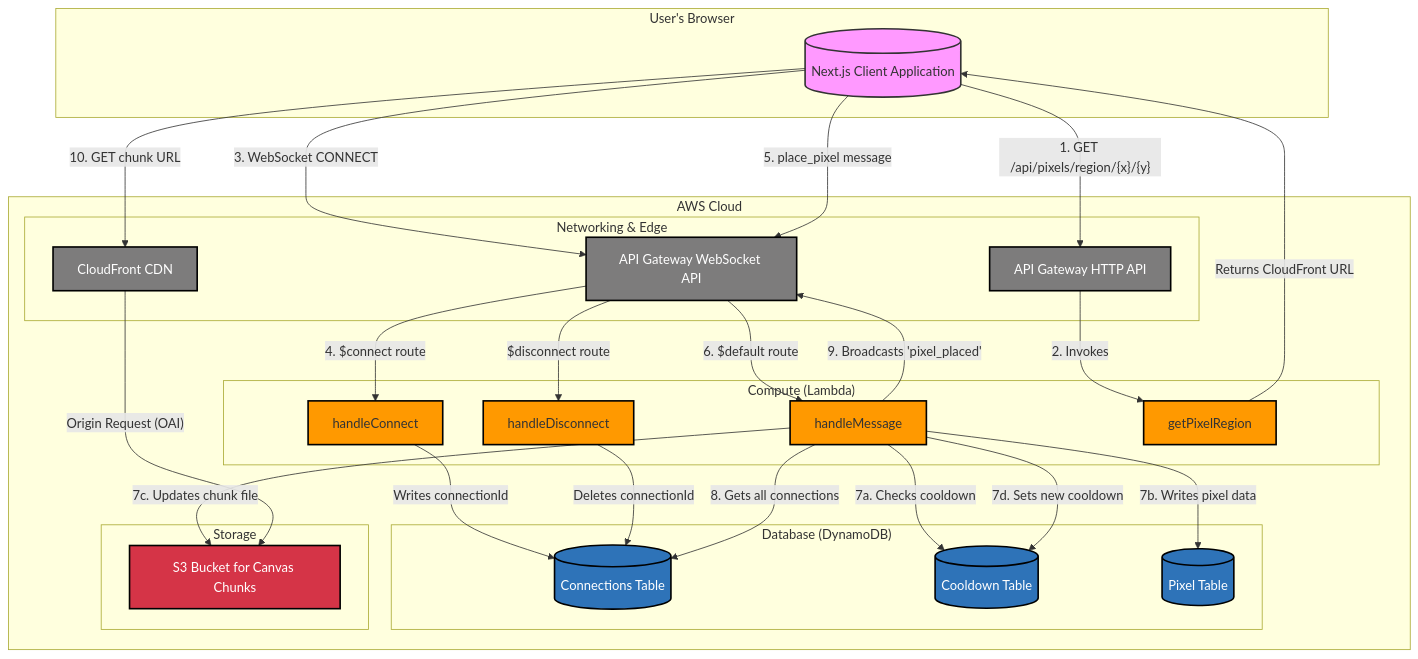
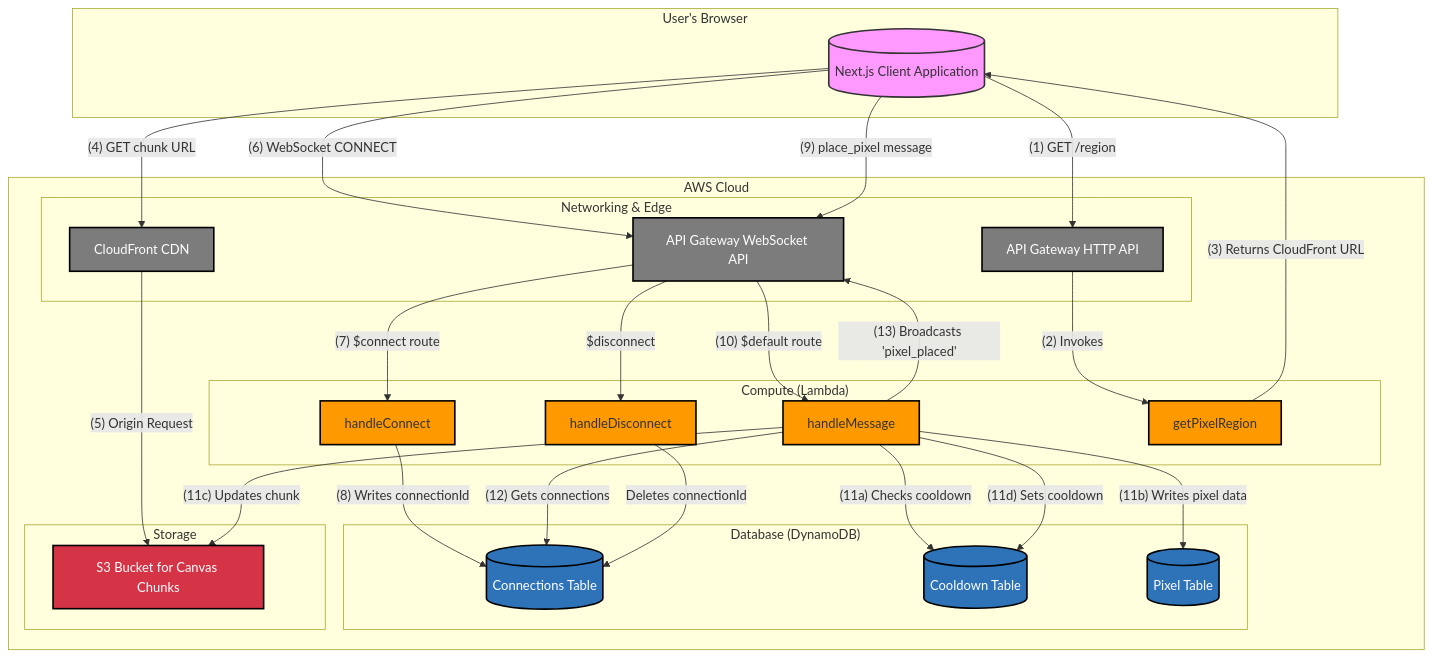
Before and after one commit to NTitterton/emojiplace: the diagram in project_design.md, drawn with Mermaid.

Commit message:
fix mermaid error

````diff
--- a/project_design.md
+++ b/project_design.md
@@ -7,70 +7,69 @@
 ```mermaid
 graph TD
     subgraph "User's Browser"
         Frontend[("Next.js Client Application")]
     end
 
     subgraph "AWS Cloud"
         subgraph "Networking & Edge"
             APIGW_WS["API Gateway WebSocket API"]
             APIGW_HTTP["API Gateway HTTP API"]
             CloudFront["CloudFront CDN"]
         end
 
         subgraph "Compute (Lambda)"
             Connect["handleConnect"]
             Disconnect["handleDisconnect"]
             MessageHandler["handleMessage"]
             GetRegion["getPixelRegion"]
         end
 
         subgraph "Database (DynamoDB)"
             ConnectionsTable[("Connections Table")]
             CooldownTable[("Cooldown Table")]
             PixelTable[("Pixel Table")]
         end
 
         subgraph "Storage"
             S3["S3 Bucket for Canvas Chunks"]
         end
     end
 
-    %% Frontend to AWS
-    Frontend -- "1. GET /api/pixels/region/{x}/{y}" --> APIGW_HTTP
-    Frontend -- "3. WebSocket CONNECT" --> APIGW_WS
-    Frontend -- "5. place_pixel message" --> APIGW_WS
-    Frontend -- "10. GET chunk URL" --> CloudFront
+    %% Flow: Initial data load and WebSocket connection
+    Frontend -- "(1) GET /region" --> APIGW_HTTP
+    APIGW_HTTP -- "(2) Invokes" --> GetRegion
+    GetRegion -- "(3) Returns CloudFront URL" --> Frontend
+    Frontend -- "(4) GET chunk URL" --> CloudFront
+    CloudFront -- "(5) Origin Request" --> S3
+    
+    Frontend -- "(6) WebSocket CONNECT" --> APIGW_WS
+    APIGW_WS -- "(7) $connect route" --> Connect
+    Connect -- "(8) Writes connectionId" --> ConnectionsTable
 
-    %% API Gateway to Lambda
-    APIGW_HTTP -- "2. Invokes" --> GetRegion
-    APIGW_WS -- "4. $connect route" --> Connect
-    APIGW_WS -- "$disconnect route" --> Disconnect
-    APIGW_WS -- "6. $default route" --> MessageHandler
-
-    %% Lambda to Services
-    GetRegion -- "Returns CloudFront URL" --> Frontend
-    Connect -- "Writes connectionId" --> ConnectionsTable
+    %% Flow: User places a pixel
+    Frontend -- "(9) place_pixel message" --> APIGW_WS
+    APIGW_WS -- "(10) $default route" --> MessageHandler
+    
+    MessageHandler -- "(11a) Checks cooldown" --> CooldownTable
+    MessageHandler -- "(11b) Writes pixel data" --> PixelTable
+    MessageHandler -- "(11c) Updates chunk" --> S3
+    MessageHandler -- "(11d) Sets cooldown" --> CooldownTable
+    MessageHandler -- "(12) Gets connections" --> ConnectionsTable
+    MessageHandler -- "(13) Broadcasts 'pixel_placed'" --> APIGW_WS
+    
+    %% Disconnect
+    APIGW_WS -- "$disconnect" --> Disconnect
     Disconnect -- "Deletes connectionId" --> ConnectionsTable
-    
-    MessageHandler -- "7a. Checks cooldown" --> CooldownTable
-    MessageHandler -- "7b. Writes pixel data" --> PixelTable
-    MessageHandler -- "7c. Updates chunk file" --> S3
-    MessageHandler -- "7d. Sets new cooldown" --> CooldownTable
-    MessageHandler -- "8. Gets all connections" --> ConnectionsTable
-    MessageHandler -- "9. Broadcasts 'pixel_placed'" --> APIGW_WS
-
-    %% CDN to Storage
-    CloudFront -- "Origin Request (OAI)" --> S3
 
     %% Style
     classDef lambda fill:#FF9900,stroke:#000,stroke-width:2px;
     class Connect,Disconnect,MessageHandler,GetRegion lambda;
     classDef db fill:#2E73B8,stroke:#000,stroke-width:2px,color:#fff;
     class ConnectionsTable,CooldownTable,PixelTable db;
     classDef s3 fill:#D53447,stroke:#000,stroke-width:2px,color:#fff;
     class S3 s3;
     classDef edge fill:#7D7C7C,stroke:#000,stroke-width:2px,color:#fff;
     class APIGW_WS,APIGW_HTTP,CloudFront edge;
     classDef client fill:#f9f,stroke:#333,stroke-width:2px
     class Frontend client
 ```
````
